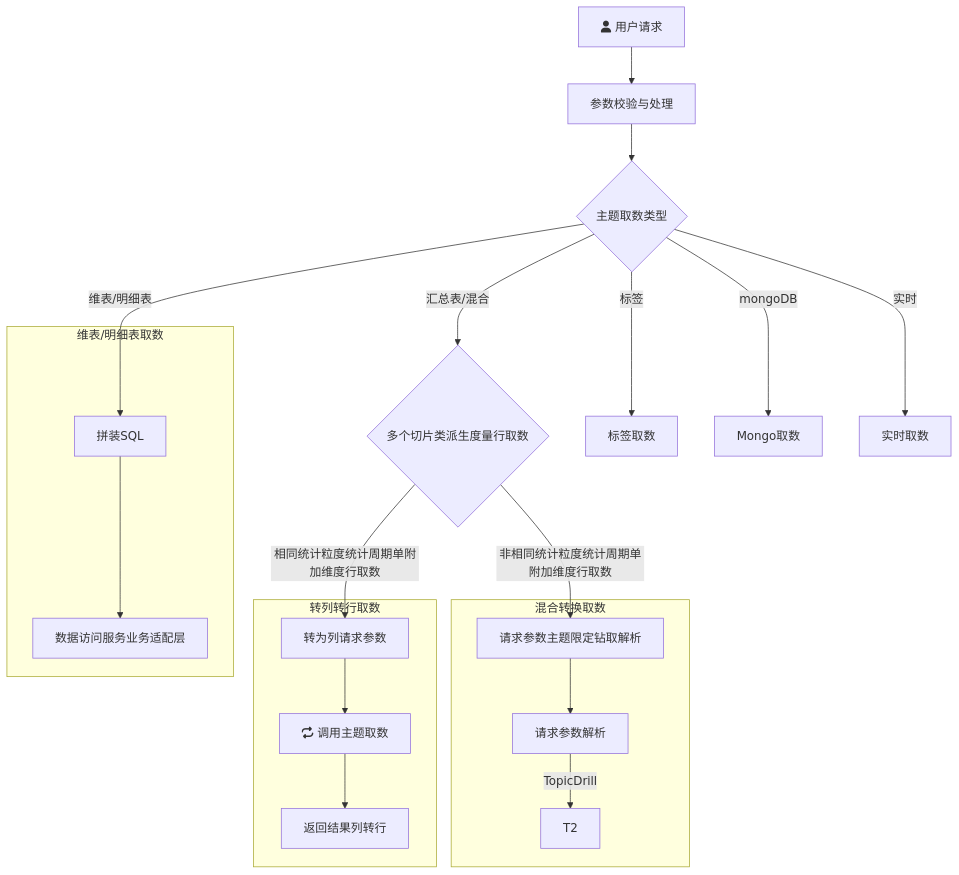
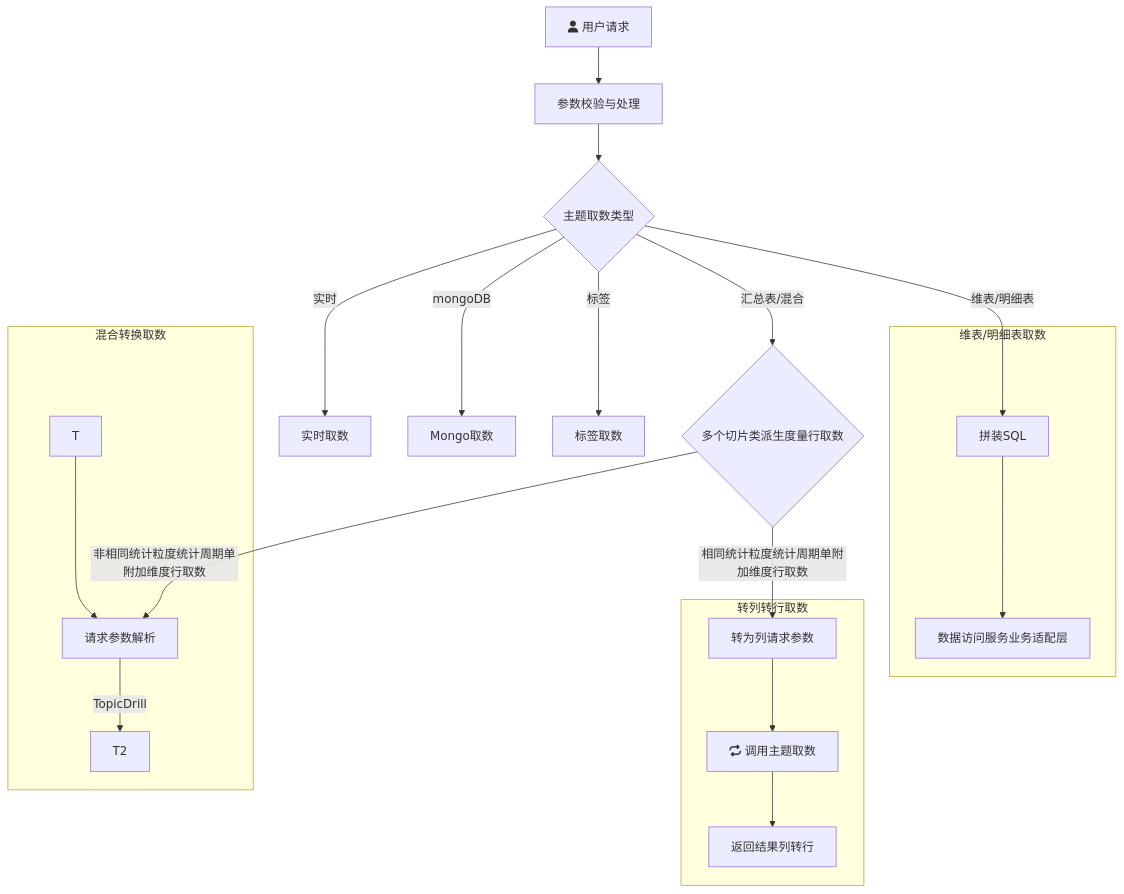
Before and after one commit to yanglosm/iodraw-files: the diagram in all/未命名.md, drawn with Mermaid.

Commit message:
2024-11-29 18:40:55 update

````diff
--- a/all/未命名.md
+++ b/all/未命名.md
@@ -1,20 +1,20 @@
 ```mermaid
 flowchart TD
     A[fa:fa-user 用户请求] -->A1[参数校验与处理] --> B{主题取数类型}
     B -->|维表/明细表| D[拼装SQL]
     B -->|汇总表/混合| E{多个切片类派生度量行取数}
     B -->|标签| F[标签取数]
     B -->|mongoDB| G[Mongo取数]
     B -->|实时| H[实时取数]
     E -->|相同统计粒度统计周期单附加维度行取数| E1[转为列请求参数]
-    E -->|非相同统计粒度统计周期单附加维度行取数| T[请求参数主题限定钻取解析]
+    E -->|非相同统计粒度统计周期单附加维度行取数| T1[请求参数主题限定钻取解析]
     subgraph 维表/明细表取数
     D-->D1[数据访问服务业务适配层]
     end
     subgraph 转列转行取数
     E1-->E11[fa:fa-repeat 调用主题取数]-->E12[返回结果列转行]
     end
     subgraph 混合转换取数
     T-->T1[请求参数解析]-->|TopicDrill| T2
     end
 ```
````
